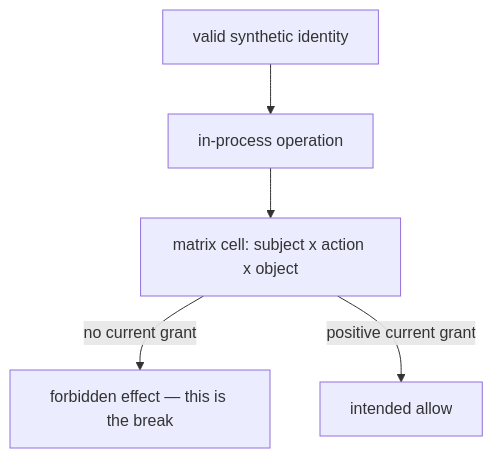
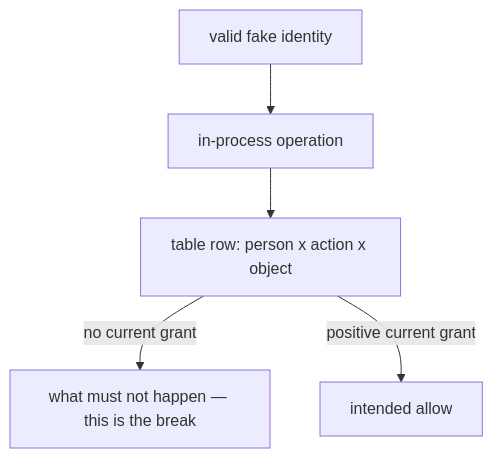
One commit to ishitvagoel/LearnSecurity changed the diagram in content/modules/1/1.2/lessons/03-break.md. Above: the diagram before and after it, drawn with Mermaid. The commit also changed other lines of this file and 7 other files, not shown here.

````diff
--- a/content/modules/1/1.2/lessons/03-break.md
+++ b/content/modules/1/1.2/lessons/03-break.md
@@ -22,10 +20,10 @@
 ```mermaid
 flowchart TD
-  ident["valid synthetic identity"]
+  ident["valid fake identity"]
   op["in-process operation"]
-  cell["matrix cell: subject x action x object"]
+  row["table row: person x action x object"]
   ident --> op
-  op --> cell
-  cell -->|"no current grant"| fail["forbidden effect — this is the break"]
-  cell -->|"positive current grant"| allow["intended allow"]
+  op --> row
+  row -->|"no current grant"| fail["what must not happen — this is the break"]
+  row -->|"positive current grant"| allow["intended allow"]
 ```
````
